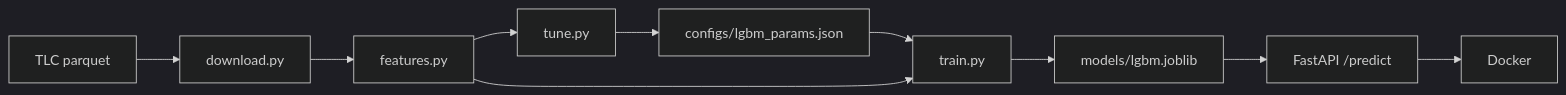
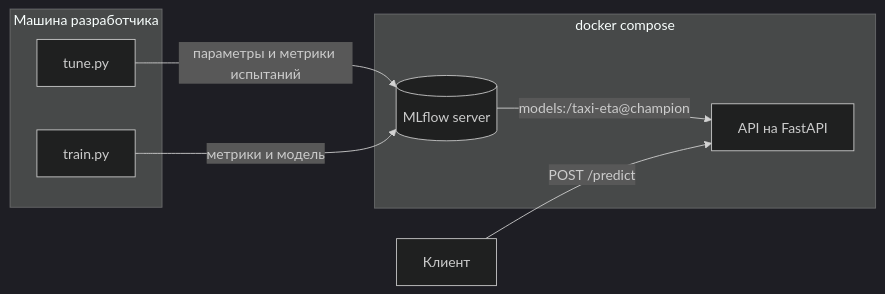
Before and after one commit to purringcoal/nyc-taxi-eta: the diagram in README.md, drawn with Mermaid (dark theme). The commit also changed other lines of this file and 10 other files, not shown here.

````diff
--- a/README.md
+++ b/README.md
@@ -122,12 +51,15 @@
 ```mermaid
 flowchart LR
-    A[TLC parquet] --> B[download.py]
-    B --> C[features.py]
-    C --> T[tune.py]
-    T --> P[configs/lgbm_params.json]
-    P --> D[train.py]
-    C --> D
-    D --> E[models/lgbm.joblib]
-    E --> F[FastAPI /predict]
-    F --> G[Docker]
+    subgraph local[Машина разработчика]
+        T[tune.py]
+        D[train.py]
+    end
+    subgraph compose[docker compose]
+        M[(MLflow server)]
+        A[API на FastAPI]
+    end
+    T -- параметры и метрики испытаний --> M
+    D -- метрики и модель --> M
+    M -- models:/taxi-eta@champion --> A
+    U[Клиент] -- POST /predict --> A
 ```
````
